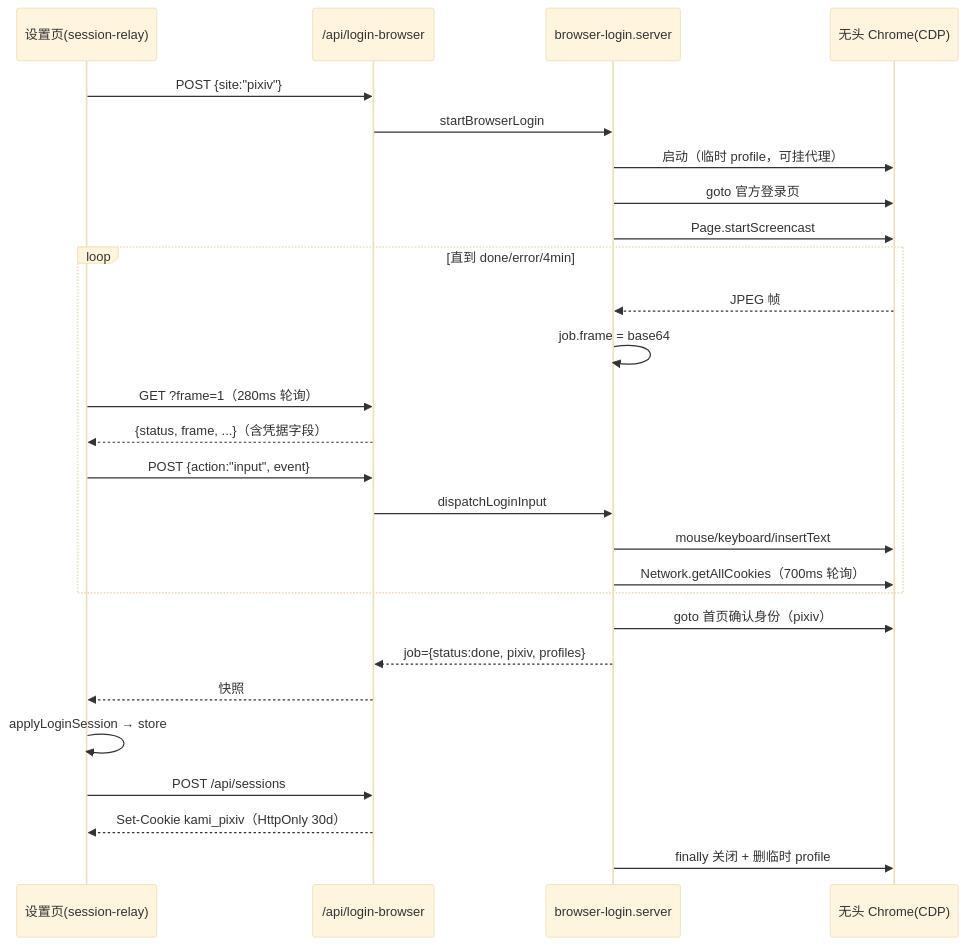
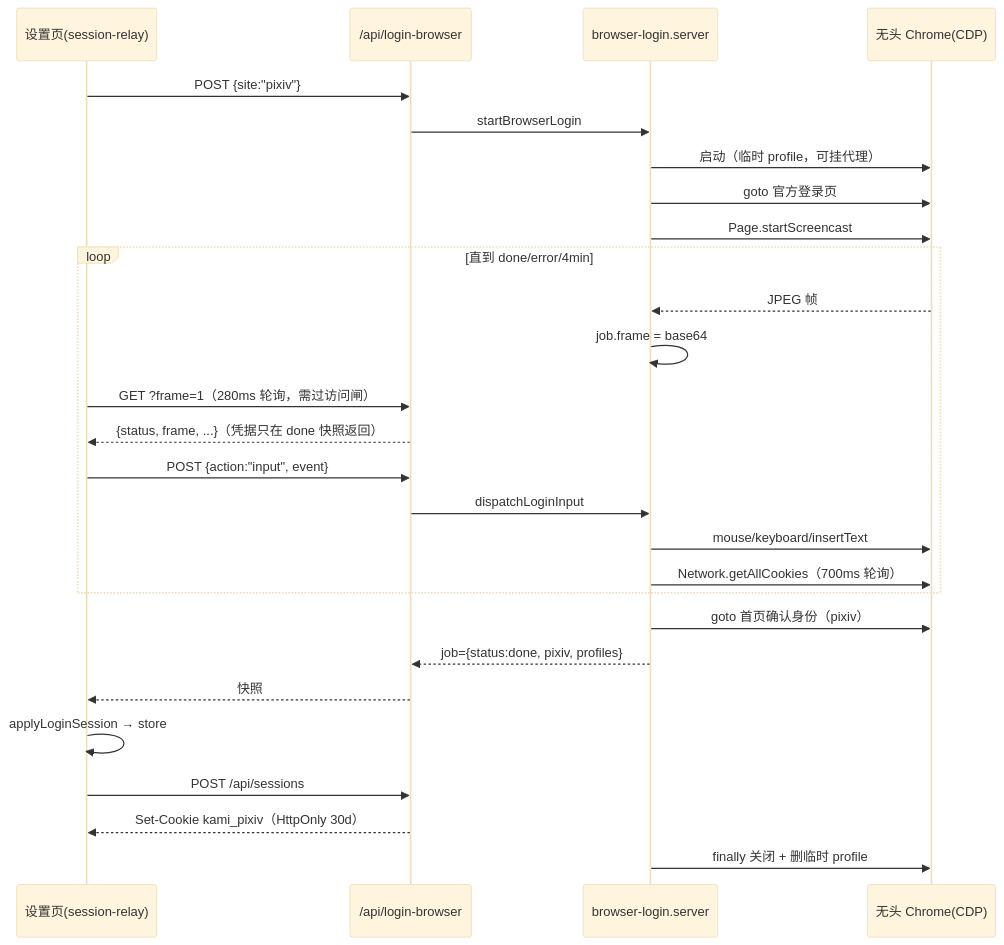
One commit to Atsukiizumi/Kami-paperbox changed the second of 4 diagrams in docs/diagrams/时序图.md. Above: the diagram before and after it, drawn with Mermaid (base theme). The commit also changed other lines of this file and 178 other files, not shown here.

Commit message:
docs: 2026-09-11 全量复核回写 docs/00-17 + diagrams（TD 清单、安全、性能、路线口径统一）

````diff
--- a/docs/diagrams/时序图.md
+++ b/docs/diagrams/时序图.md
@@ -48,30 +52,30 @@
 ```mermaid
 sequenceDiagram
     participant S as 设置页(session-relay)
     participant L as /api/login-browser
     participant B as browser-login.server
     participant CH as 无头 Chrome(CDP)
 
     S->>L: POST {site:"pixiv"}
     L->>B: startBrowserLogin
     B->>CH: 启动（临时 profile，可挂代理）
     B->>CH: goto 官方登录页
     B->>CH: Page.startScreencast
     loop 直到 done/error/4min
         CH-->>B: JPEG 帧
         B->>B: job.frame = base64
-        S->>L: GET ?frame=1（280ms 轮询）
-        L-->>S: {status, frame, ...}（含凭据字段）
+        S->>L: GET ?frame=1（280ms 轮询，需过访问闸）
+        L-->>S: {status, frame, ...}（凭据只在 done 快照返回）
         S->>L: POST {action:"input", event}
         L->>B: dispatchLoginInput
         B->>CH: mouse/keyboard/insertText
         B->>CH: Network.getAllCookies（700ms 轮询）
     end
     B->>CH: goto 首页确认身份（pixiv）
     B-->>L: job={status:done, pixiv, profiles}
     L-->>S: 快照
     S->>S: applyLoginSession → store
     S->>L: POST /api/sessions
     L-->>S: Set-Cookie kami_pixiv（HttpOnly 30d）
     B->>CH: finally 关闭 + 删临时 profile
 ```
````
